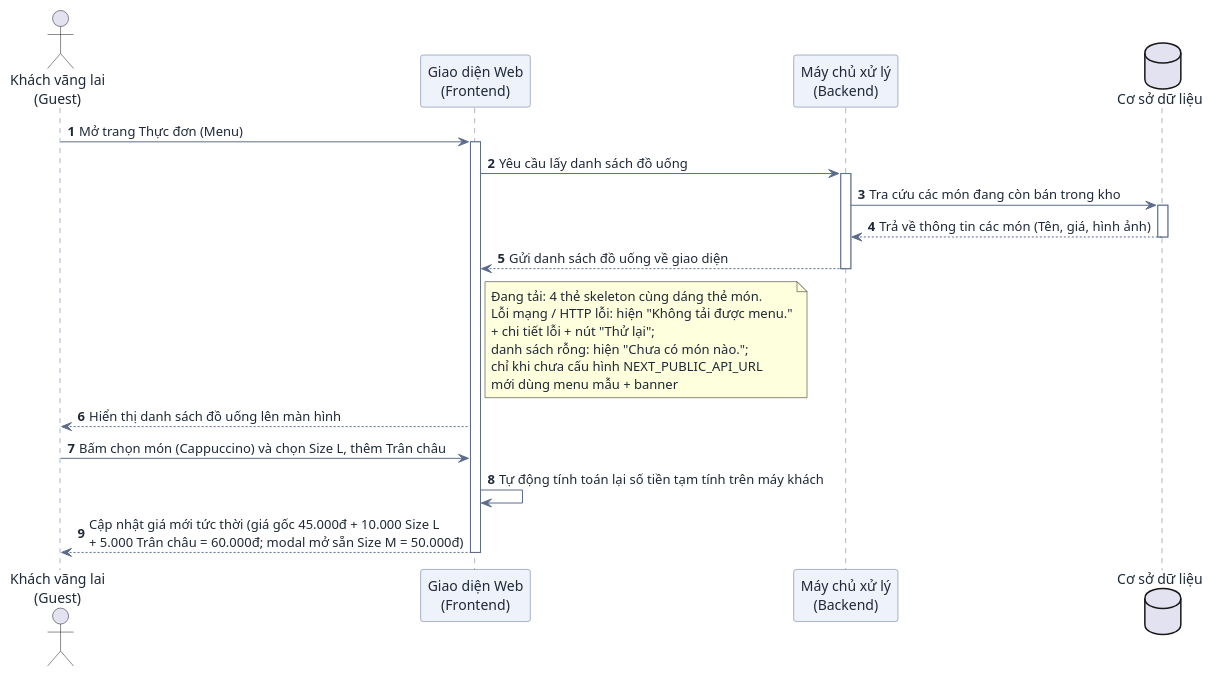
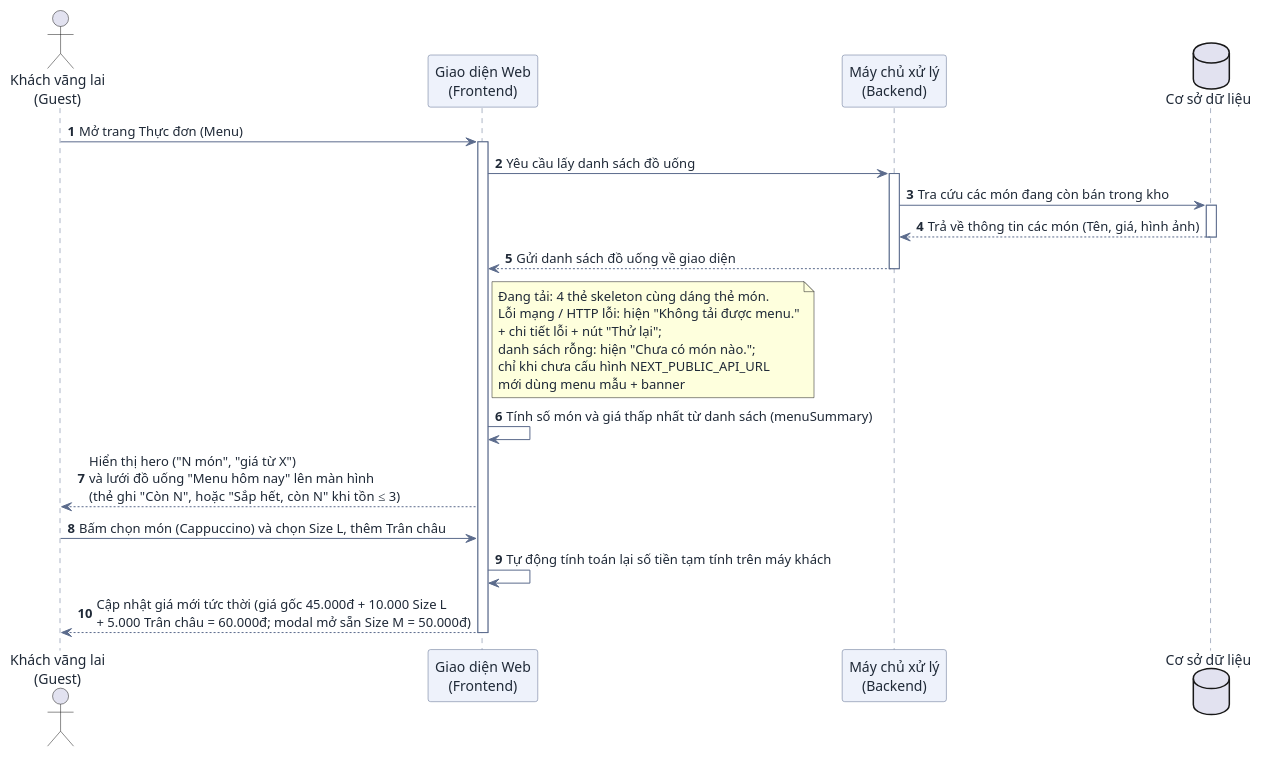
Before and after one commit to DuVinhLoi/BrewLite: the first of 9 diagrams in docs/user-sequence-specifications.md, drawn with PlantUML. The commit also changed other lines of this file and 31 other files, not shown here.

Commit message:
feat(frontend): Header va Menu net muc (hero, luoi mon, the mon)

````diff
--- a/docs/user-sequence-specifications.md
+++ b/docs/user-sequence-specifications.md
@@ -102,36 +102,37 @@
 ```plantuml
 @startuml
 skinparam DefaultFontColor #1f2937
 skinparam ArrowColor #5b6b8c
 skinparam SequenceParticipantBackgroundColor #eef2fb
 skinparam SequenceParticipantBorderColor #5b6b8c
 skinparam SequenceLifeLineBorderColor #5b6b8c
 
 autonumber
 actor "Khách vãng lai\n(Guest)" as User
 participant "Giao diện Web\n(Frontend)" as FE
 participant "Máy chủ xử lý\n(Backend)" as BE
 database "Cơ sở dữ liệu" as DB
 
 User -> FE : Mở trang Thực đơn (Menu)
 activate FE
 
 FE -> BE : Yêu cầu lấy danh sách đồ uống
 activate BE
 
 BE -> DB : Tra cứu các món đang còn bán trong kho
 activate DB
 DB --> BE : Trả về thông tin các món (Tên, giá, hình ảnh)
 deactivate DB
 
 BE --> FE : Gửi danh sách đồ uống về giao diện
 note right of FE : Đang tải: 4 thẻ skeleton cùng dáng thẻ món.\nLỗi mạng / HTTP lỗi: hiện "Không tải được menu."\n+ chi tiết lỗi + nút "Thử lại";\ndanh sách rỗng: hiện "Chưa có món nào.";\nchỉ khi chưa cấu hình NEXT_PUBLIC_API_URL\nmới dùng menu mẫu + banner
 deactivate BE
 
-FE --> User : Hiển thị danh sách đồ uống lên màn hình
+FE -> FE : Tính số món và giá thấp nhất từ danh sách (menuSummary)
+FE --> User : Hiển thị hero ("N món", "giá từ X")\nvà lưới đồ uống "Menu hôm nay" lên màn hình\n(thẻ ghi "Còn N", hoặc "Sắp hết, còn N" khi tồn ≤ 3)
 User -> FE : Bấm chọn món (Cappuccino) và chọn Size L, thêm Trân châu
 FE -> FE : Tự động tính toán lại số tiền tạm tính trên máy khách
 FE --> User : Cập nhật giá mới tức thời (giá gốc 45.000đ + 10.000 Size L\n+ 5.000 Trân châu = 60.000đ; modal mở sẵn Size M = 50.000đ)
 deactivate FE
 @enduml
 ```
````
